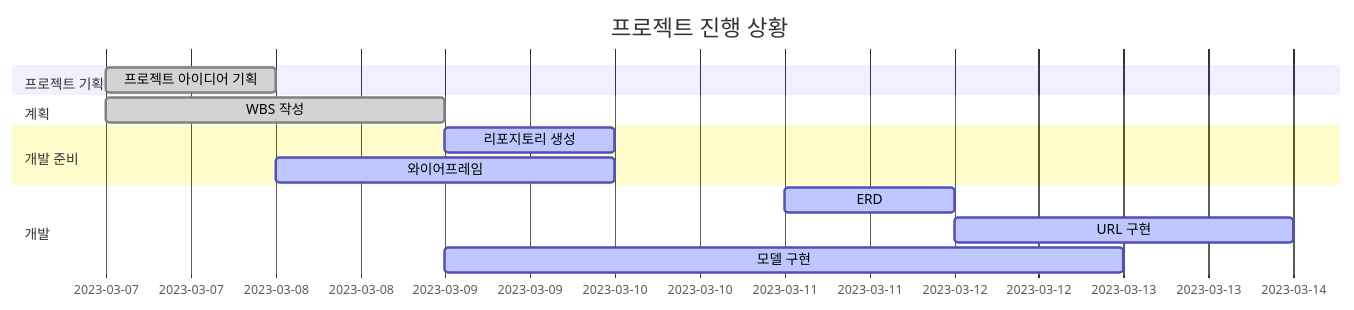
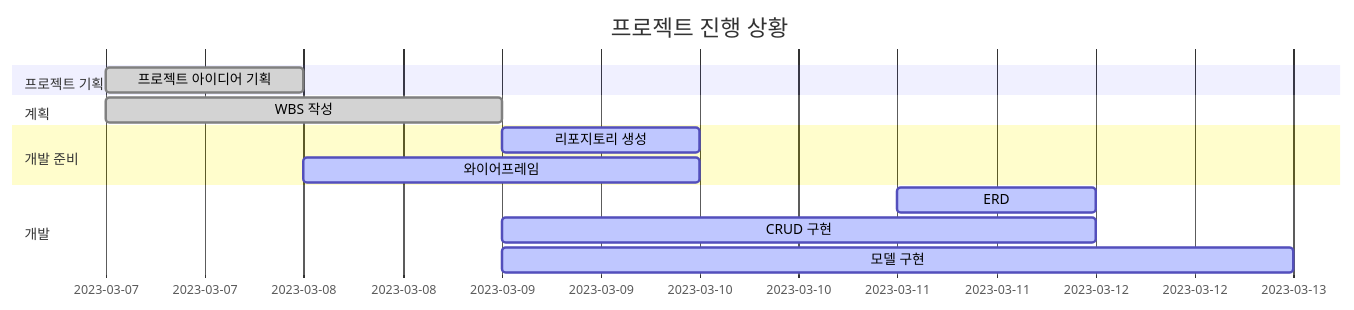
One commit to YooJi3un/Booklog changed the diagram in README.md. Above: the diagram before and after it, drawn with Mermaid.

````diff
--- a/README.md
+++ b/README.md
@@ -15,21 +15,21 @@
 ```mermaid
 gantt
     dateFormat  YYYY-MM-DD
     title 프로젝트 진행 상황
 
     section 프로젝트 기획
     프로젝트 아이디어 기획    :done,    des1, 2023-03-07, 1d
     
     section 계획
     WBS 작성   :done,    des2, 2023-03-07, 2d
     
     section 개발 준비
     리포지토리 생성 :active,  des3, 2023-03-09, 1d
     와이어프레임      :active, des4, 2023-03-08, 2d
     
     section 개발
     ERD          :         active, des4, 2023-03-11, 1d
-    URL 구현        :       active, des4, 2023-03-12, 2d
+    CRUD 구현        :       active, des4, 2023-03-09, 3d
     모델 구현       :       active, des4, 2023-03-09, 4d
 
 ```
````
